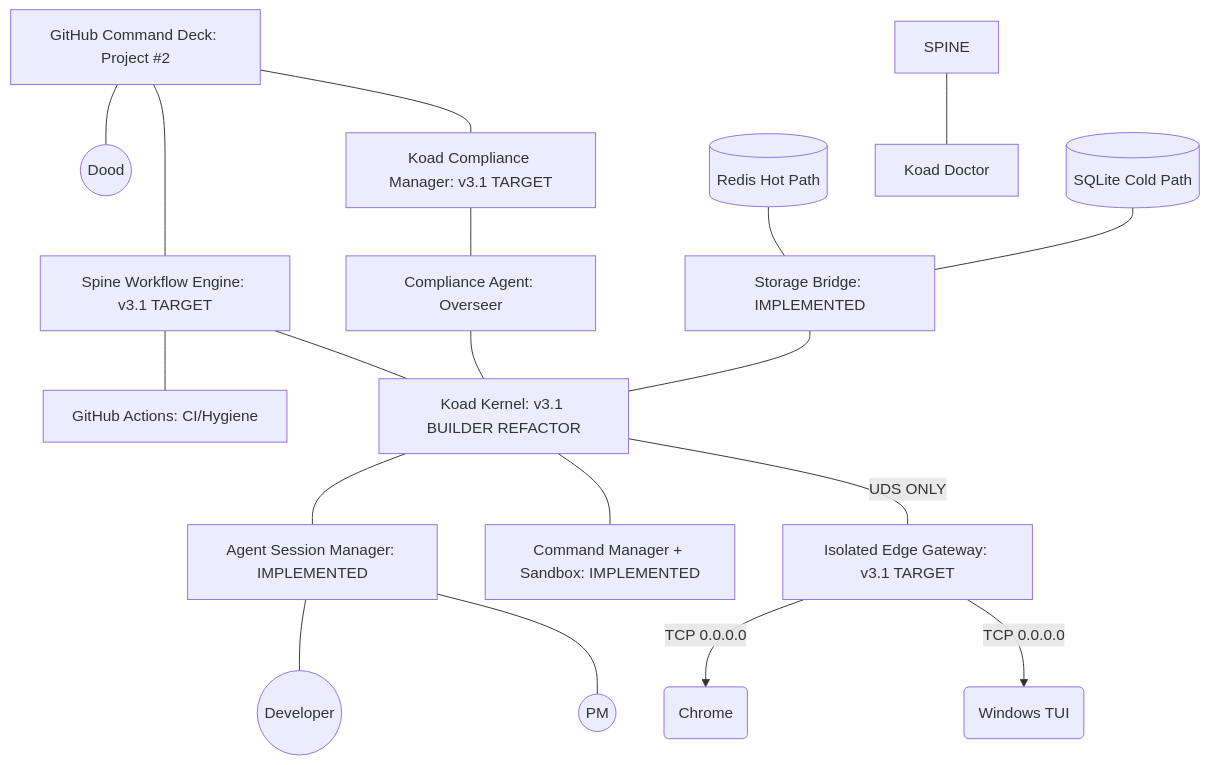
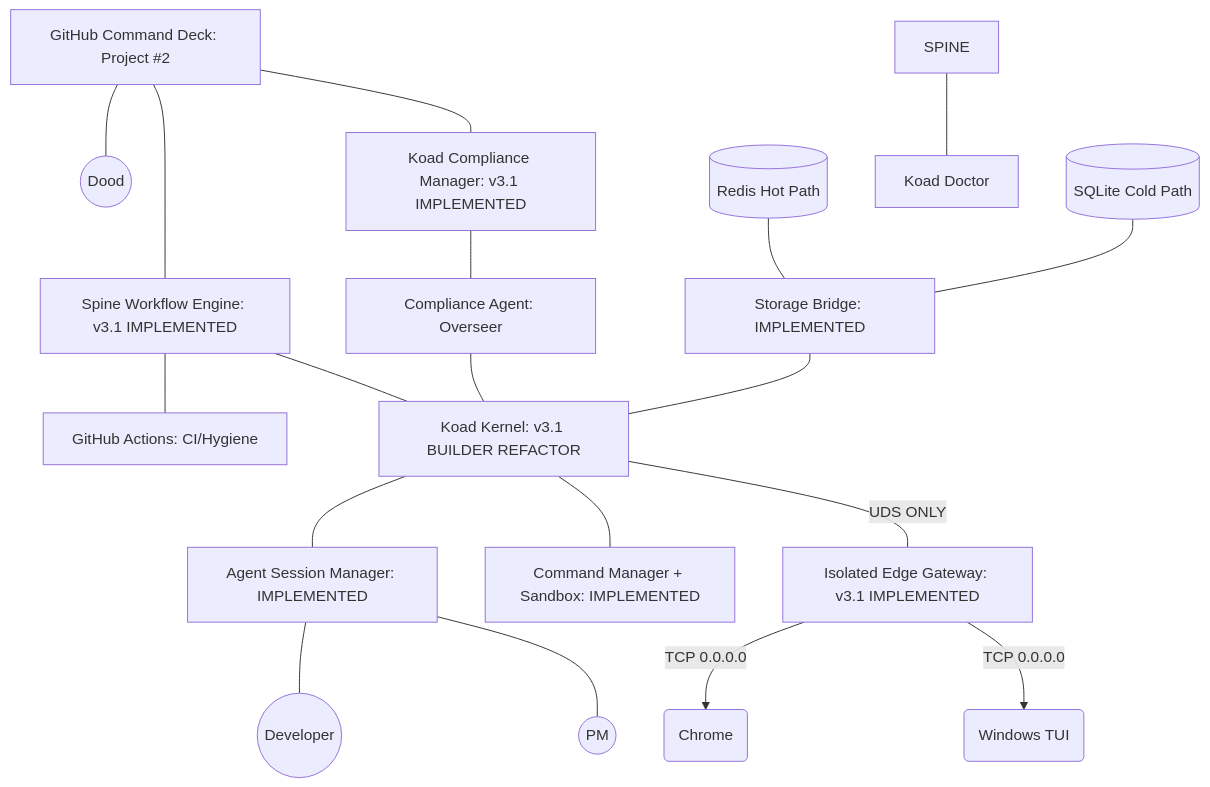
One commit to Fryymann/koad-os changed the diagram in ARCHITECTURE.md. Above: the diagram before and after it, drawn with Mermaid. The commit also changed 4 other files, not shown here.

````diff
--- a/ARCHITECTURE.md
+++ b/ARCHITECTURE.md
@@ -10,35 +10,35 @@
 ```mermaid
 graph TD
     %% Oversight & Governance
     DECK[GitHub Command Deck: Project #2] --- ADMIN((Dood))
-    DECK --- KCM[Koad Compliance Manager: v3.1 TARGET]
+    DECK --- KCM[Koad Compliance Manager: v3.1 IMPLEMENTED]
     KCM --- OV[Compliance Agent: Overseer]
     
     %% Workflow Orchestration
-    DECK --- WF[Spine Workflow Engine: v3.1 TARGET]
+    DECK --- WF[Spine Workflow Engine: v3.1 IMPLEMENTED]
     WF --- ACTIONS[GitHub Actions: CI/Hygiene]
     WF --- KERNEL[Koad Kernel: v3.1 BUILDER REFACTOR]
 
     OV --- KERNEL
 
     %% Core Memory (Hydrated & Durable)
     Redis[(Redis Hot Path)] --- SB[Storage Bridge: IMPLEMENTED]
     SQLite[(SQLite Cold Path)] --- SB
     SB --- KERNEL[Koad Kernel: v3.1 BUILDER REFACTOR]
 
     %% Agent Layer (Process Managed)
     KERNEL --- ASM[Agent Session Manager: IMPLEMENTED]
     ASM --- DEV((Developer))
     ASM --- PM((PM))
     
     %% Execution Layer (Fused & Secure)
     KERNEL --- CM[Command Manager + Sandbox: IMPLEMENTED]
     
     %% Isolated I/O (The Air Gap)
-    KERNEL ---|UDS ONLY| EDGE[Isolated Edge Gateway: v3.1 TARGET]
+    KERNEL ---|UDS ONLY| EDGE[Isolated Edge Gateway: v3.1 IMPLEMENTED]
     EDGE -->|TCP 0.0.0.0| Web(Chrome)
     EDGE -->|TCP 0.0.0.0| TUI(Windows TUI)
     
     %% Diagnostics
     SPINE --- DOC[Koad Doctor]
 ```
````
